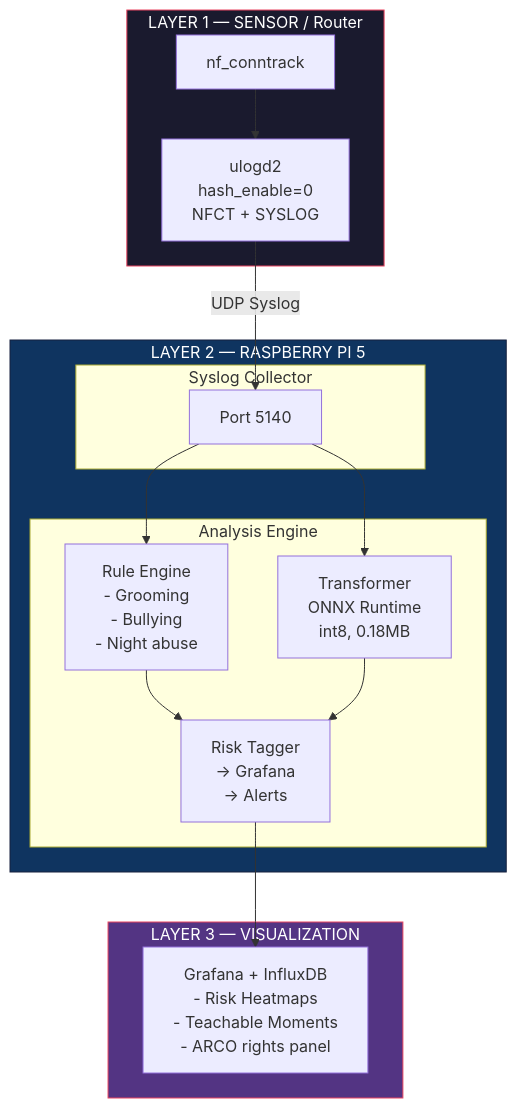
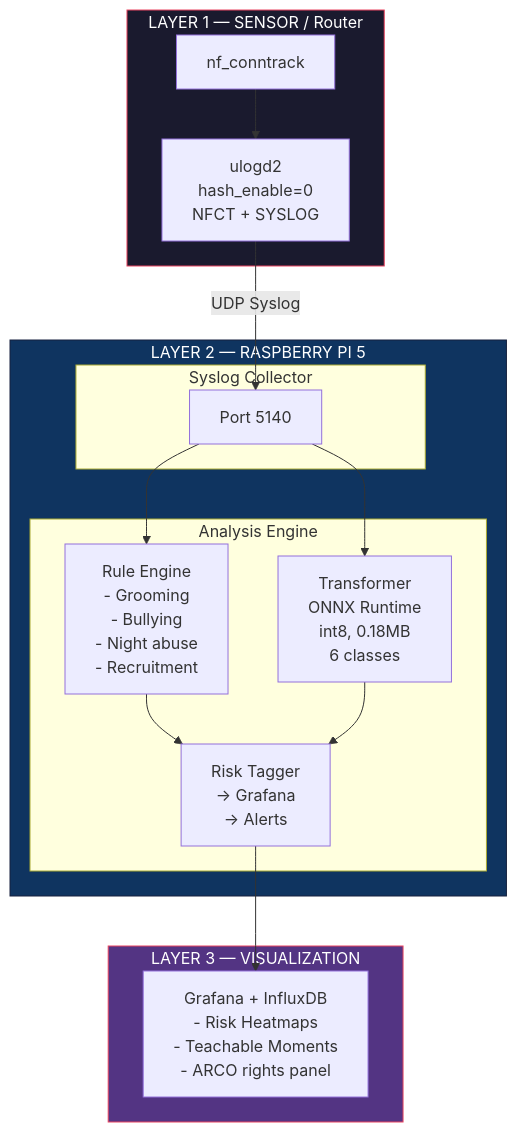
The first of 3 diagrams in ARCHITECTURE.md (startuplab-mx/HCKMX26-1776640402), drawn with Mermaid before and after one commit. The commit also changed other lines of this file and 1 other file, not shown here.

Commit message:
docs: update README and ARCHITECTURE with recruitment risk category and academic references

````diff
--- a/ARCHITECTURE.md
+++ b/ARCHITECTURE.md
@@ -26,32 +26,32 @@
 ```mermaid
 graph TB
     subgraph L1["LAYER 1 — SENSOR / Router"]
         CT["nf_conntrack"] --> ULOGD["ulogd2\nhash_enable=0\nNFCT + SYSLOG"]
     end
 
     subgraph L2["LAYER 2 — RASPBERRY PI 5"]
         subgraph COLLECTOR["Syslog Collector"]
             SYS["Port 5140"]
         end
         subgraph ENGINE["Analysis Engine"]
-            RULES["Rule Engine\n- Grooming\n- Bullying\n- Night abuse"]
-            TRANS["Transformer\nONNX Runtime\nint8, 0.18MB"]
+            RULES["Rule Engine\n- Grooming\n- Bullying\n- Night abuse\n- Recruitment"]
+            TRANS["Transformer\nONNX Runtime\nint8, 0.18MB\n6 classes"]
             TAGGER["Risk Tagger\n-> Grafana\n-> Alerts"]
         end
         SYS --> RULES
         SYS --> TRANS
         RULES --> TAGGER
         TRANS --> TAGGER
     end
 
     subgraph L3["LAYER 3 — VISUALIZATION"]
         GRAF["Grafana + InfluxDB\n- Risk Heatmaps\n- Teachable Moments\n- ARCO rights panel"]
     end
 
     ULOGD -- "UDP Syslog" --> SYS
     TAGGER --> GRAF
 
     style L1 fill:#1a1a2e,stroke:#e94560,color:#fff
     style L2 fill:#0f3460,stroke:#16213e,color:#fff
     style L3 fill:#533483,stroke:#e94560,color:#fff
 ```
````
